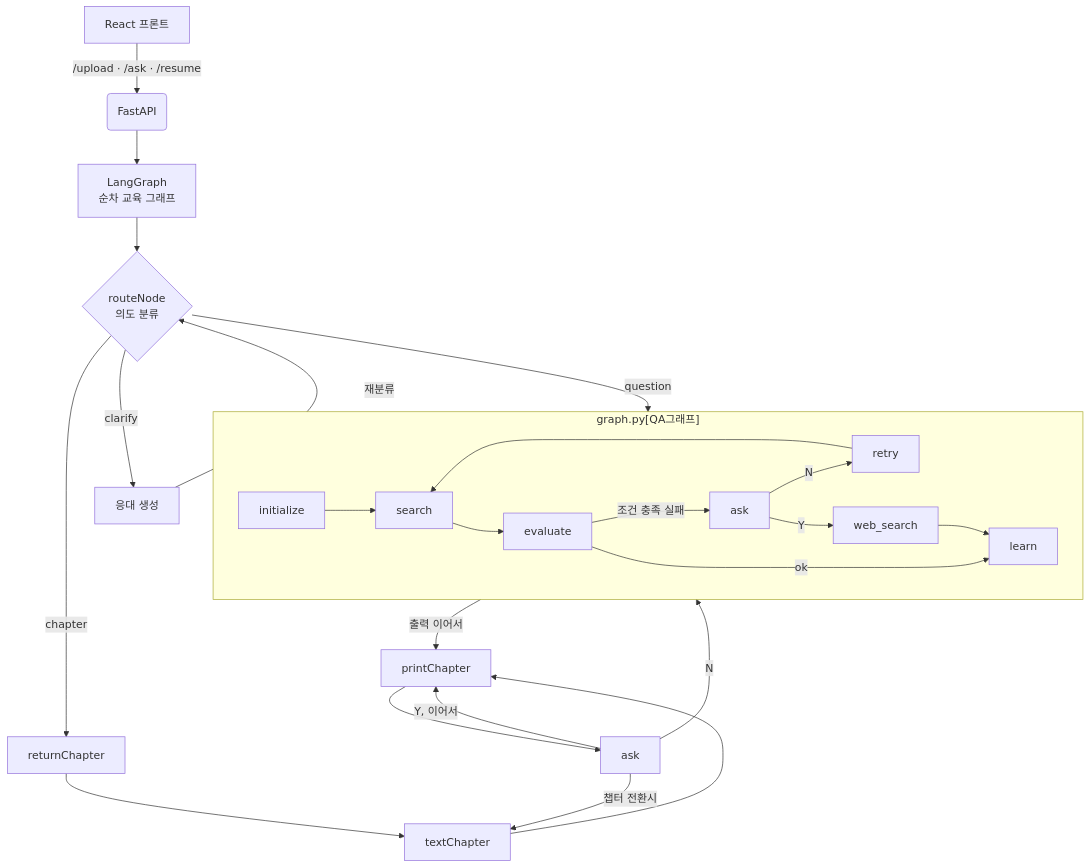
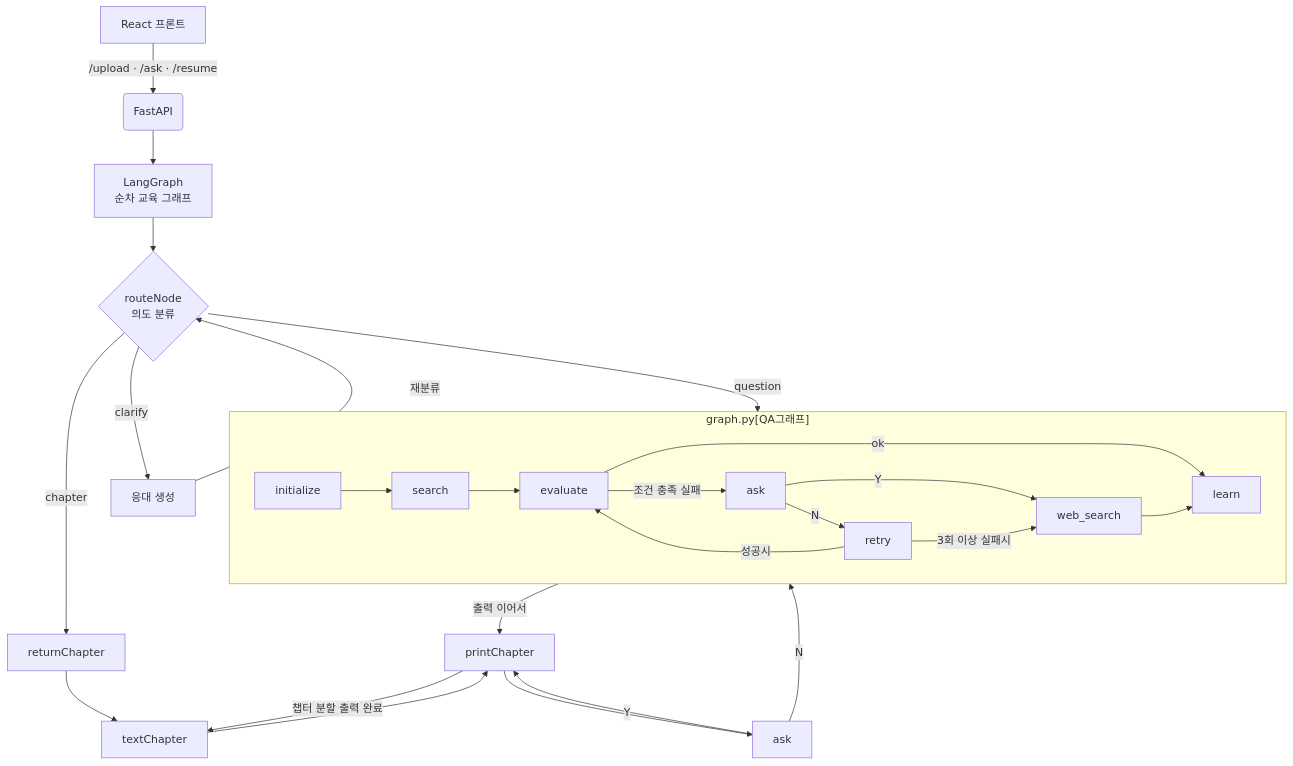
One commit to 100-hours-a-week/KTB4-amy-AI changed the diagram in personal_project/README.md. Above: the diagram before and after it, drawn with Mermaid.

````diff
--- a/personal_project/README.md
+++ b/personal_project/README.md
@@ -67,31 +67,32 @@
 ```mermaid
 ---
 config:
   layout: dagre
 ---
 flowchart TB
  subgraph s1["graph.py[QA그래프]"]
         n1["initialize"] --> n2["search"]
         n2 --> n3["evaluate"]
         n3 -- ok --> n4["learn"]
         n3 -- 조건 충족 실패 --> n5["ask"]
         n5 -- N --> retry
         n5 -- Y --> web_search
-        retry --> n2
+        retry -- 3회 이상 실패시 --> web_search
+        retry -- 성공시 --> n3
         web_search --> n4
   end
     A["React 프론트"] -- "/upload · /ask · /resume" --> B("FastAPI")
     B --> G["LangGraph\n순차 교육 그래프"]
     G --> C{"routeNode\n의도 분류"}
     C -- chapter --> D["returnChapter"]
     C -- question --> s1
     C -- clarify --> F["응대 생성"]
     D --> D_1["textChapter"]
     D_1 --> D_2["printChapter"]
     D_2 --> D_3["ask"]
     F -- 재분류 --> C
-    D_3 -- Y, 이어서 --> D_2
-    D_3 -- 챕터 전환시 --> D_1
+    D_3 -- Y --> D_2
     D_3 -- N --> s1
+    D_2 -- 챕터 분할 출력 완료 --> D_1
     s1 -- 출력 이어서 --> D_2
 ```
````
